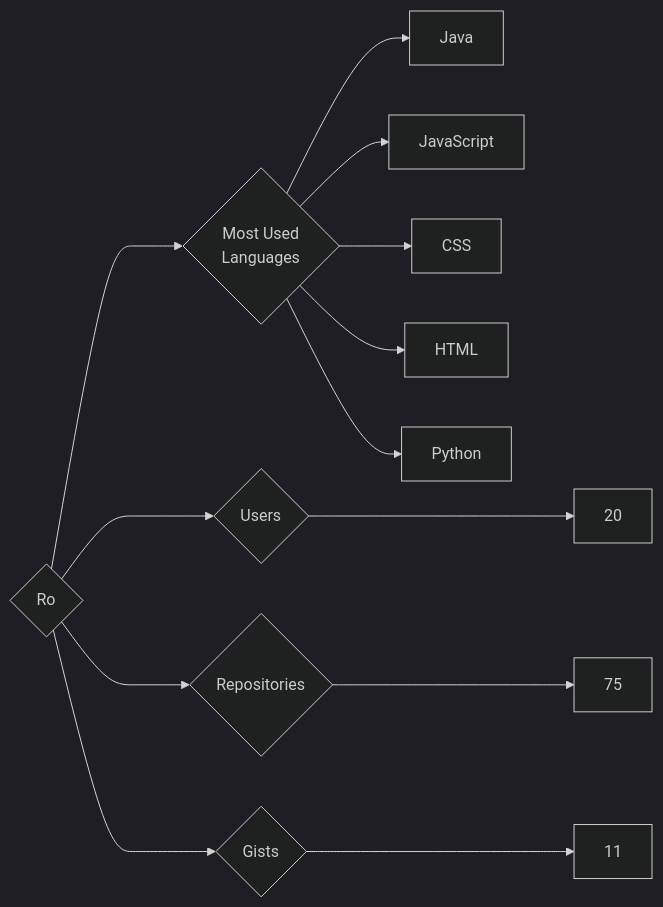
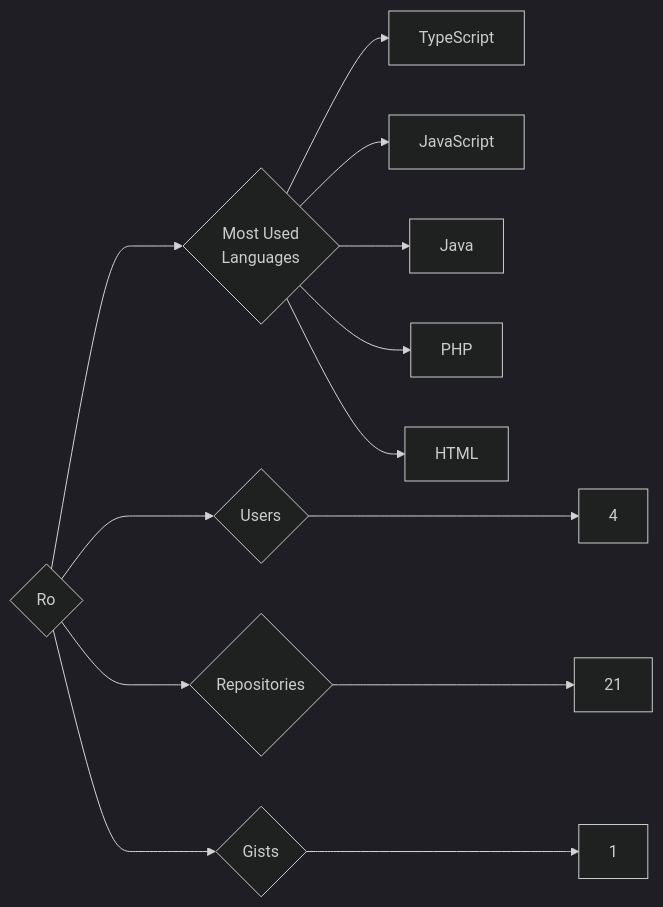
Before and after one commit to trickest/insiders: the diagram in targets/Ro/README.md, drawn with Mermaid (dark theme). The commit also changed 748 other files, not shown here.

````diff
--- a/targets/Ro/README.md
+++ b/targets/Ro/README.md
@@ -3,13 +3,13 @@
 ```mermaid
 graph LR
 COMPANY_NAME{Ro}
-COMPANY_NAME ---> U{Users} ---> UN[20]
-COMPANY_NAME ---> R{Repositories} ---> RN[75]
-COMPANY_NAME ---> G{Gists} ---> GN[11]
+COMPANY_NAME ---> U{Users} ---> UN[4]
+COMPANY_NAME ---> R{Repositories} ---> RN[21]
+COMPANY_NAME ---> G{Gists} ---> GN[1]
 COMPANY_NAME ---> ML{Most Used<br>Languages}
+ML --> TypeScript[TypeScript]
+ML --> JavaScript[JavaScript]
 ML --> Java[Java]
-ML --> JavaScript[JavaScript]
-ML --> CSS[CSS]
+ML --> PHP[PHP]
 ML --> HTML[HTML]
-ML --> Python[Python]
 ```
````
